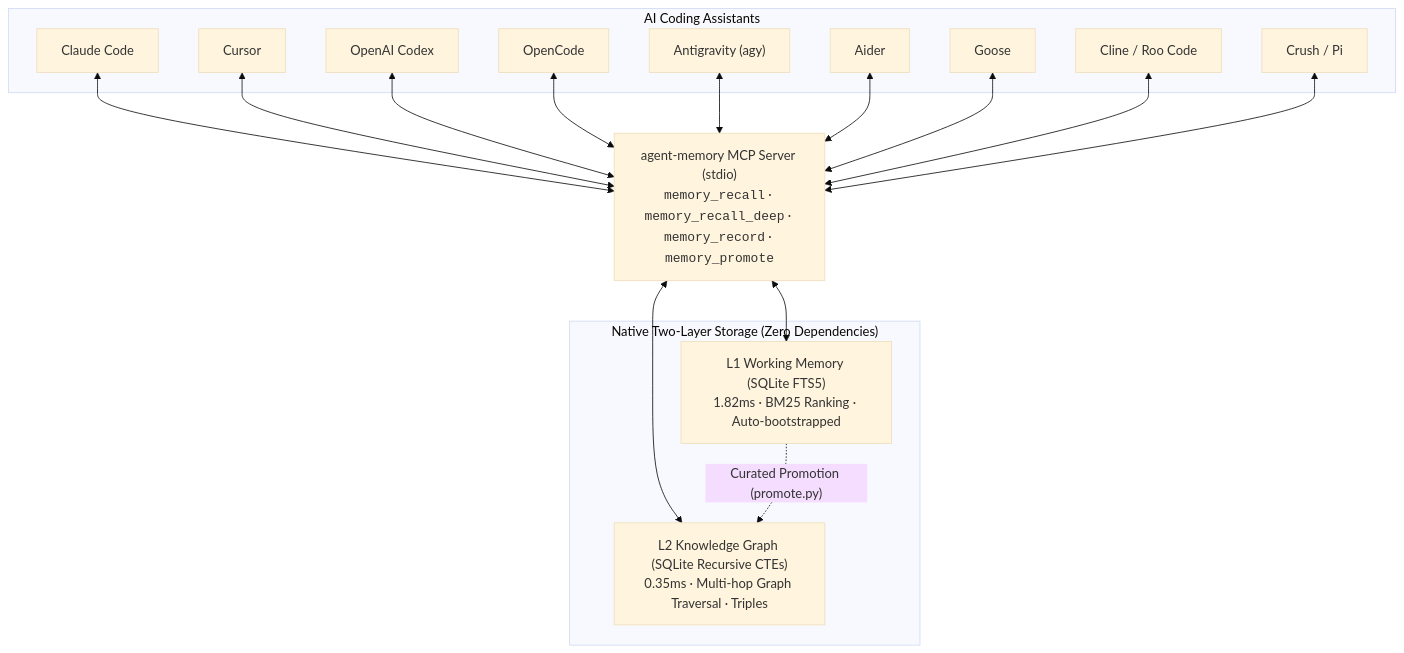
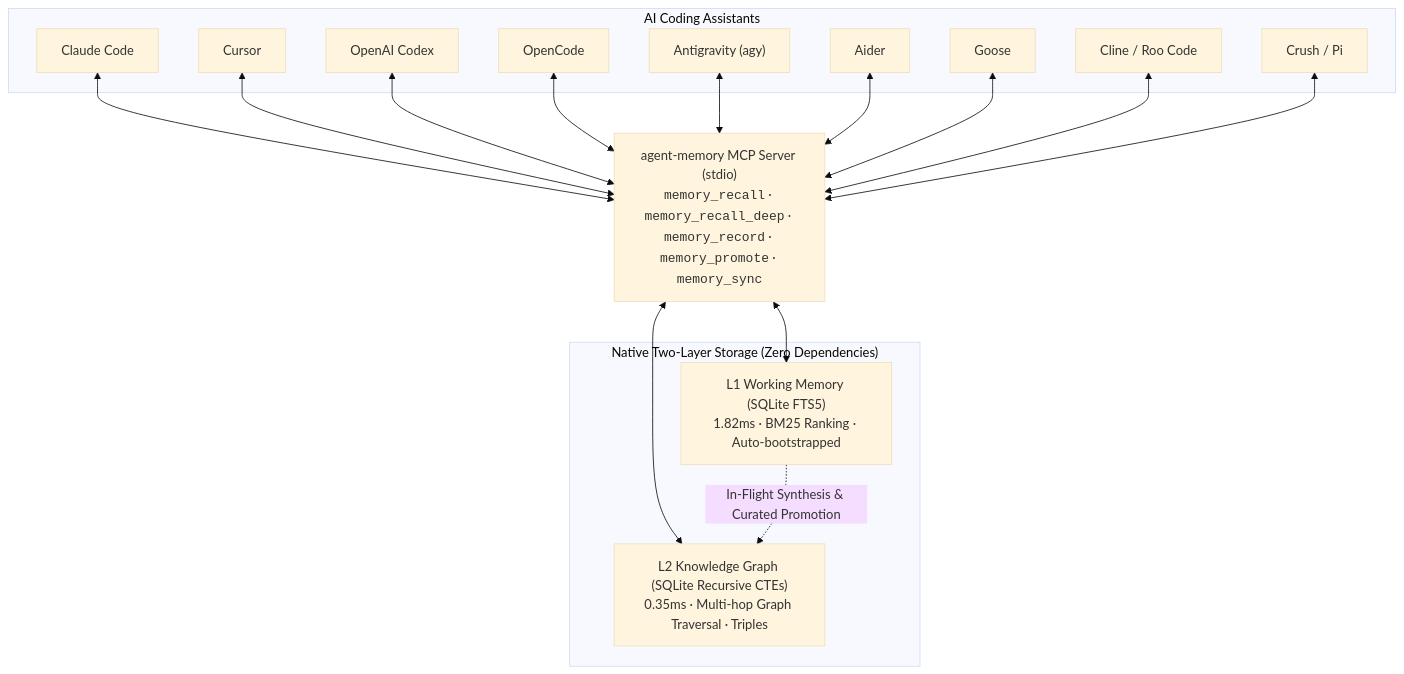
The diagram in README.md (kdbhalala/agent-memory), drawn with Mermaid (base theme) before and after one commit. The commit also changed other lines of this file and 8 other files, not shown here.

Commit message:
docs: update all markdown specifications for in-flight synthesis, supersedence, and conflict steering

````diff
--- a/README.md
+++ b/README.md
@@ -101,26 +101,26 @@
 ```mermaid
 graph TD
     subgraph Assistants ["AI Coding Assistants"]
         CC["Claude Code"]
         CU["Cursor"]
         CX["OpenAI Codex"]
         OC["OpenCode"]
         AG["Antigravity (agy)"]
         AD["Aider"]
         GS["Goose"]
         CL["Cline / Roo Code"]
         CR["Crush / Pi"]
     end
 
-    MCP["agent-memory MCP Server (stdio)<br/><code>memory_recall</code> · <code>memory_recall_deep</code> · <code>memory_record</code> · <code>memory_promote</code>"]
+    MCP["agent-memory MCP Server (stdio)<br/><code>memory_recall</code> · <code>memory_recall_deep</code> · <code>memory_record</code> · <code>memory_promote</code> · <code>memory_sync</code>"]
 
     subgraph Storage ["Native Two-Layer Storage (Zero Dependencies)"]
         L1["L1 Working Memory (SQLite FTS5)<br/>1.82ms · BM25 Ranking · Auto-bootstrapped"]
         L2["L2 Knowledge Graph (SQLite Recursive CTEs)<br/>0.35ms · Multi-hop Graph Traversal · Triples"]
     end
 
     CC & CU & CX & OC & AG & AD & GS & CL & CR <--> MCP
     MCP <--> L1
     MCP <--> L2
-    L1 -. "Curated Promotion (promote.py)" .-> L2
+    L1 -. "In-Flight Synthesis & Curated Promotion" .-> L2
 ```
````
